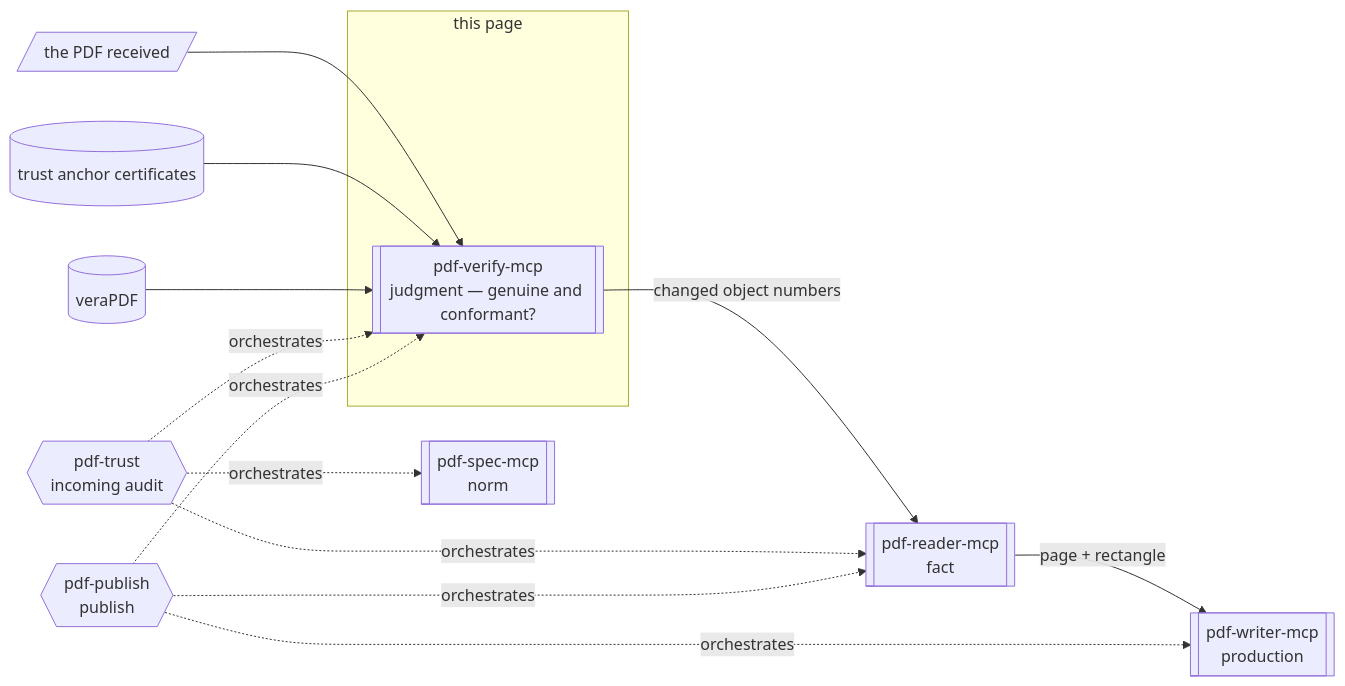
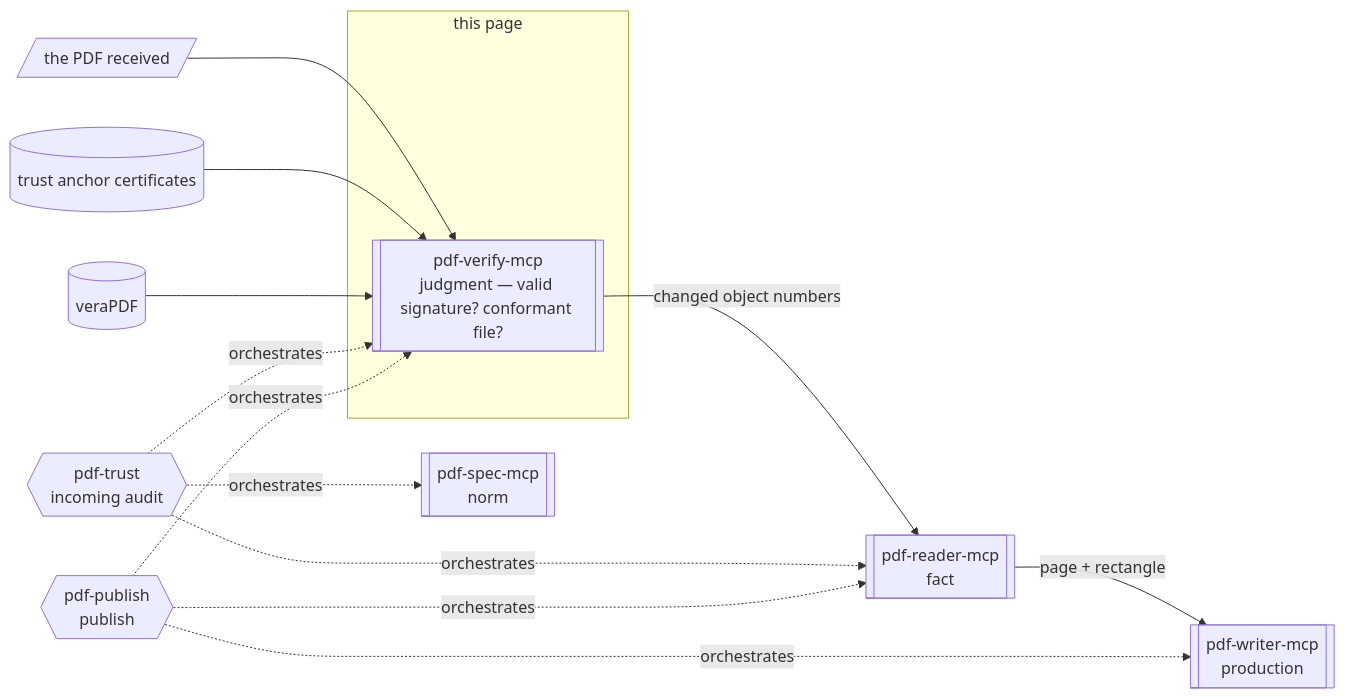
Before and after one commit to shuji-bonji/pdf-agent-stack: the diagram in site/docs/mcp/pdf-verify.md, drawn with Mermaid. The commit also changed other lines of this file and 10 other files, not shown here.

````diff
--- a/site/docs/mcp/pdf-verify.md
+++ b/site/docs/mcp/pdf-verify.md
@@ -34,17 +34,17 @@
 ```mermaid
 graph LR
   TARGET[/"the PDF received"/] --> VERIFY
   ANCHORS[("trust anchor certificates")] --> VERIFY
   VERA[("veraPDF")] --> VERIFY
 
   subgraph SELF["this page"]
-    VERIFY[["pdf-verify-mcp<br>judgment — genuine and conformant?"]]
+    VERIFY[["pdf-verify-mcp<br>judgment — valid signature? conformant file?"]]
   end
 
   VERIFY -->|changed object numbers| READER[["pdf-reader-mcp<br>fact"]]
   READER -->|page + rectangle| WRITER[["pdf-writer-mcp<br>production"]]
   SPEC[["pdf-spec-mcp<br>norm"]]
 
   TRUST{{"pdf-trust<br>incoming audit"}} -.->|orchestrates| VERIFY & READER & SPEC
   PUBLISH{{"pdf-publish<br>publish"}} -.->|orchestrates| WRITER & READER & VERIFY
 ```
````
